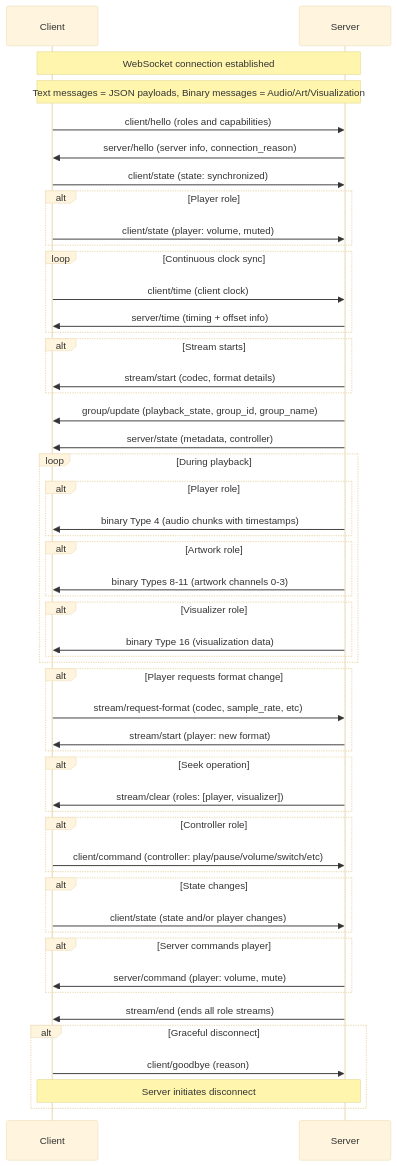
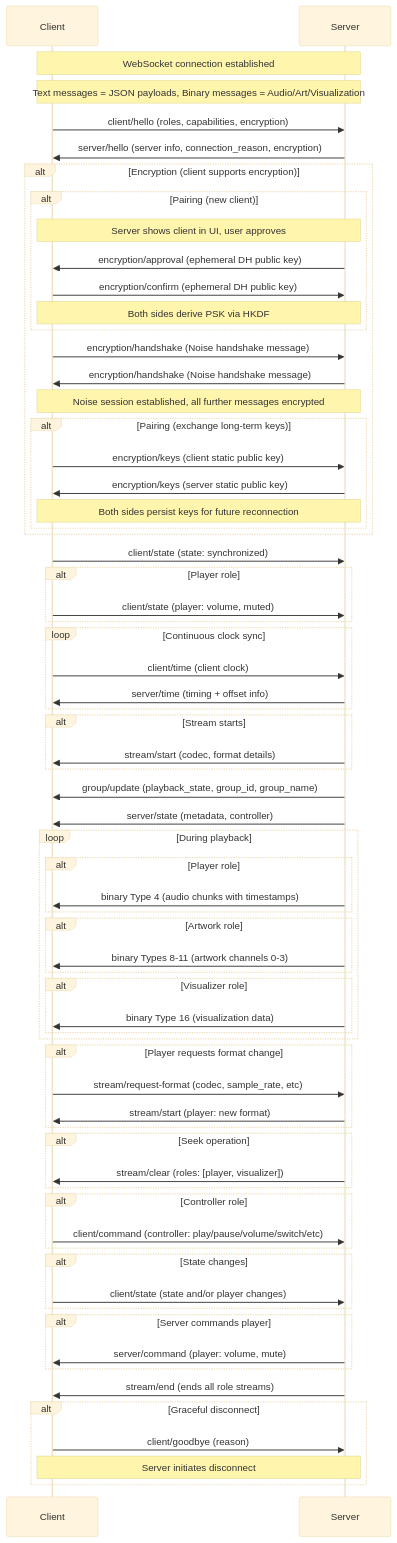
One commit to Resonate-Protocol/spec changed the diagram in README.md. Above: the diagram before and after it, drawn with Mermaid (base theme). The commit also changed other lines of this file, not shown here.

Commit message:
feat: add encryption support

```diff
--- a/README.md
+++ b/README.md
@@ -189,8 +244,25 @@
 
     Note over Client,Server: Text messages = JSON payloads, Binary messages = Audio/Art/Visualization
 
-    Client->>Server: client/hello (roles and capabilities)
-    Server->>Client: server/hello (server info, connection_reason)
+    Client->>Server: client/hello (roles, capabilities, encryption)
+    Server->>Client: server/hello (server info, connection_reason, encryption)
+
+    alt Encryption (client supports encryption)
+        alt Pairing (new client)
+            Note over Client,Server: Server shows client in UI, user approves
+            Server->>Client: encryption/approval (ephemeral DH public key)
+            Client->>Server: encryption/confirm (ephemeral DH public key)
+            Note over Client,Server: Both sides derive PSK via HKDF
+        end
+        Client->>Server: encryption/handshake (Noise handshake message)
+        Server->>Client: encryption/handshake (Noise handshake message)
+        Note over Client,Server: Noise session established, all further messages encrypted
+        alt Pairing (exchange long-term keys)
+            Client->>Server: encryption/keys (client static public key)
+            Server->>Client: encryption/keys (server static public key)
+            Note over Client,Server: Both sides persist keys for future reconnection
+        end
+    end
 
     Client->>Server: client/state (state: synchronized)
     alt Player role
```
